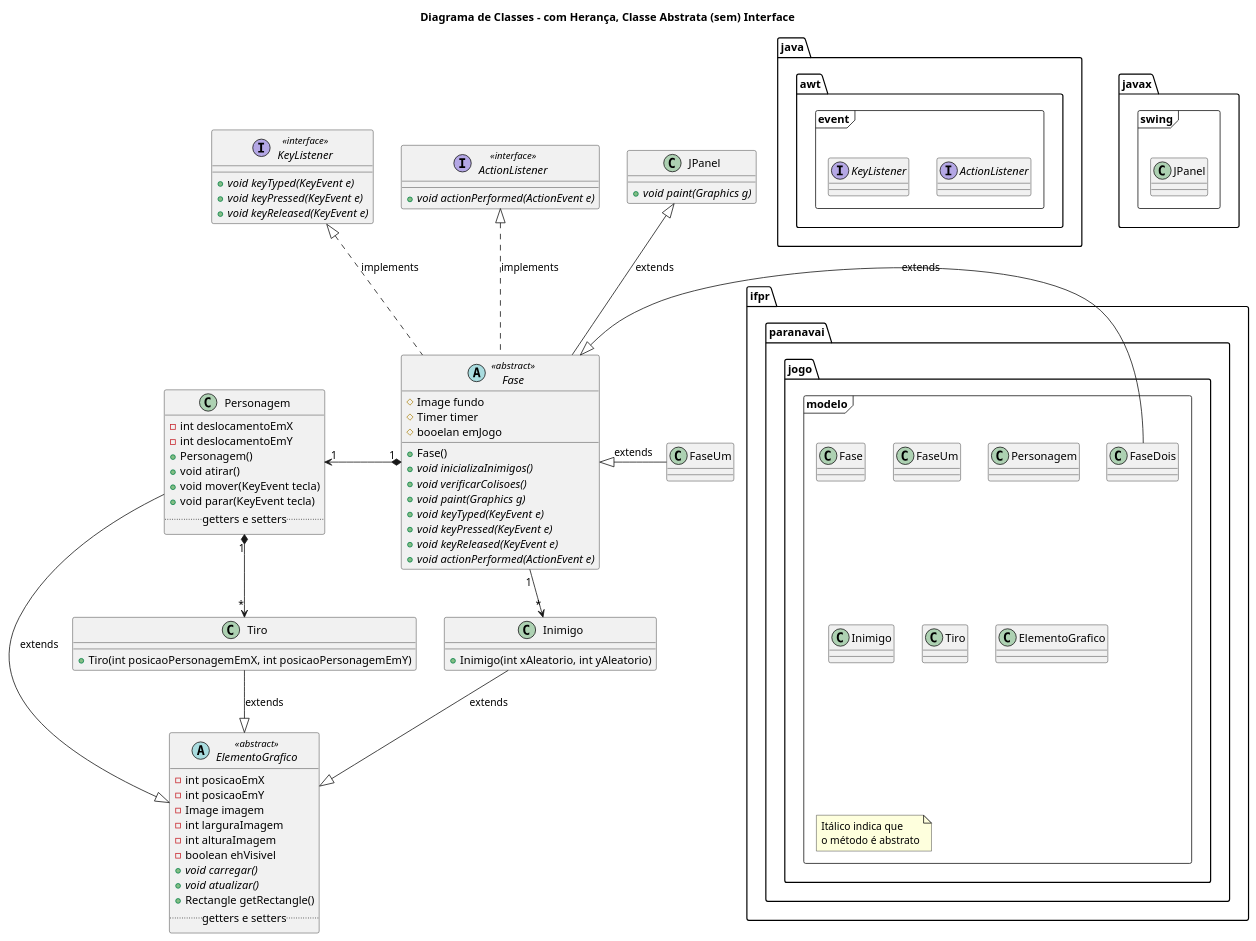
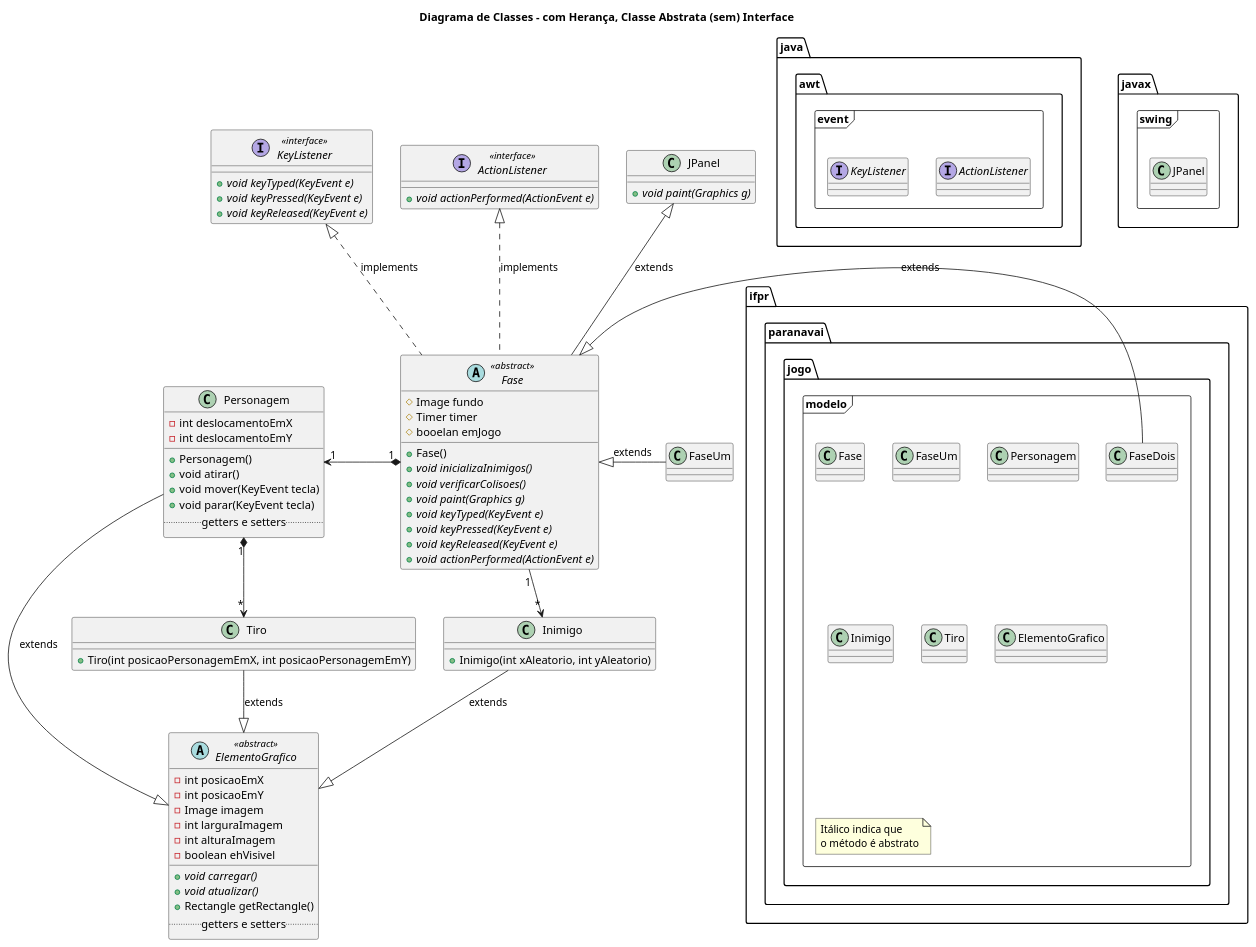
The diagram in uml/diagrama-classe.puml (terenciani/jogo-2d-ifpr-2023), drawn with PlantUML before and after one commit. The commit also changed 1 other file, not shown here.

```diff
--- a/uml/diagrama-classe.puml
+++ b/uml/diagrama-classe.puml
@@ -1,104 +1,106 @@
 @startuml
 
 title Diagrama de Classes - com Herança, Classe Abstrata (sem) Interface
 
 package ifpr.paranavai.jogo.modelo <<Frame>> {
     class Fase
     class FaseUm
     class FaseDois
     class Personagem
     class Inimigo
     class Tiro
     class ElementoGrafico
     note "Itálico indica que\no método é abstrato" as N1
 }
 
 package java.awt.event <<Frame>> {
     interface ActionListener
     interface KeyListener
 }
 
 
 package javax.swing <<Frame>> {
   class JPanel
 }
 
 abstract class ElementoGrafico <<abstract>> {
     -int posicaoEmX
     -int posicaoEmY
     -Image imagem
     -int larguraImagem
     -int alturaImagem 
-    -boolean ehVisivel   
+    -boolean ehVisivel
+    __
     +{abstract} void carregar()
     +{abstract} void atualizar()
     +Rectangle getRectangle()
     .. getters e setters ..
 }
 
 abstract class Fase <<abstract>>{
     #Image fundo
     #Timer timer
     #booelan emJogo
     +Fase()
     +{abstract} void inicializaInimigos()    
     +{abstract} void verificarColisoes()
     +{abstract} void paint(Graphics g)
     +{abstract} void keyTyped(KeyEvent e)
     +{abstract} void keyPressed(KeyEvent e)
     +{abstract} void keyReleased(KeyEvent e)
     +{abstract} void actionPerformed(ActionEvent e)
 }
 
 class Personagem{
     -int deslocamentoEmX
     -int deslocamentoEmY
+    __
     +Personagem()
     +void atirar()
     +void mover(KeyEvent tecla)
     +void parar(KeyEvent tecla)
     .. getters e setters ..
 }
 
 class Inimigo{
     +Inimigo(int xAleatorio, int yAleatorio)
 }
 
 class Tiro {
     +Tiro(int posicaoPersonagemEmX, int posicaoPersonagemEmY)
 }
 
 class FaseUm {    
     
 }
 
 class JPanel{
     +{abstract} void paint(Graphics g)
 }
 interface ActionListener <<interface>> {
     +{abstract} void actionPerformed(ActionEvent e)
 }
 
 interface KeyListener <<interface>> {
     +{abstract} void keyTyped(KeyEvent e)
     +{abstract} void keyPressed(KeyEvent e)
     +{abstract} void keyReleased(KeyEvent e)
 }
 
 Fase -up-|> JPanel: extends
 Fase -up.|> ActionListener: implements
 Fase -up.|> KeyListener: implements
 FaseUm -left-|> Fase: extends
 FaseDois -left-|> Fase: extends
 
 
 Fase "1" *-left-> "1" Personagem
 Inimigo "*" <-up- "1" Fase
 
 Personagem "1" *--> "*" Tiro
 Personagem --|> ElementoGrafico: extends
 
 Tiro --|> ElementoGrafico: extends
 
 Inimigo --|> ElementoGrafico: extends
 @enduml
```
